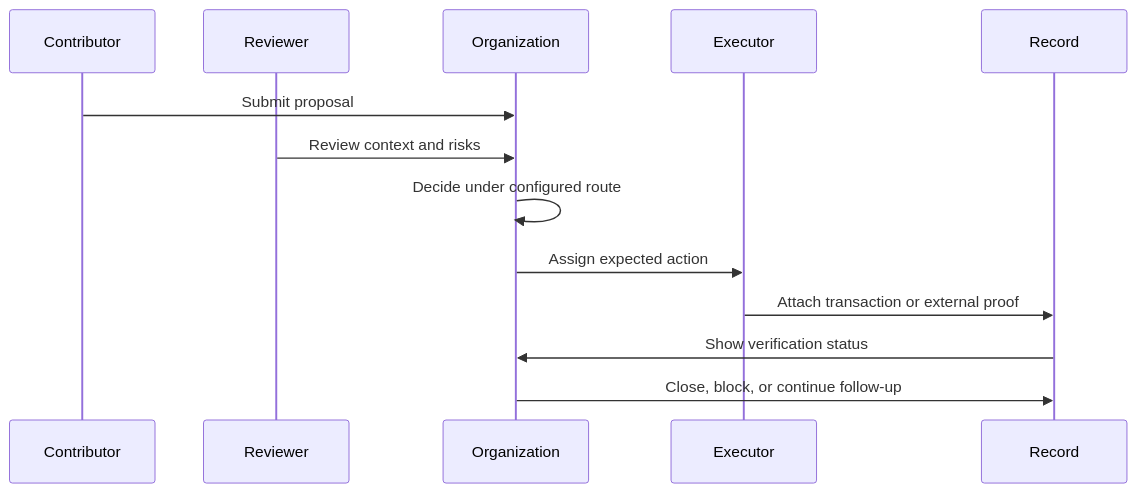
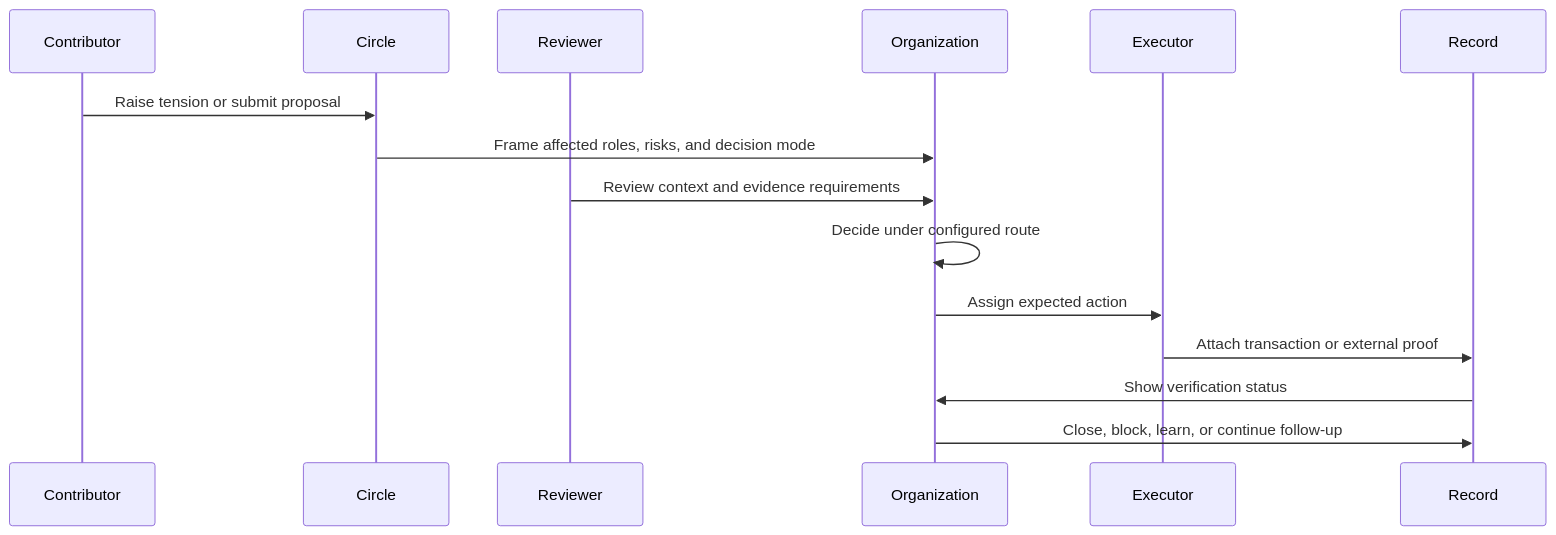
One commit to isoniaos/docs changed the second of 3 diagrams in site/whitepaper.md. Above: the diagram before and after it, drawn with Mermaid. The commit also changed other lines of this file and 3 other files, not shown here.

````diff
--- a/site/whitepaper.md
+++ b/site/whitepaper.md
@@ -185,16 +349,18 @@
 ```mermaid
 sequenceDiagram
   participant Contributor
+  participant Circle
   participant Reviewer
   participant Organization
   participant Executor
   participant Record
 
-  Contributor->>Organization: Submit proposal
-  Reviewer->>Organization: Review context and risks
+  Contributor->>Circle: Raise tension or submit proposal
+  Circle->>Organization: Frame affected roles, risks, and decision mode
+  Reviewer->>Organization: Review context and evidence requirements
   Organization->>Organization: Decide under configured route
   Organization->>Executor: Assign expected action
   Executor->>Record: Attach transaction or external proof
   Record->>Organization: Show verification status
-  Organization->>Record: Close, block, or continue follow-up
+  Organization->>Record: Close, block, learn, or continue follow-up
 ```
````
